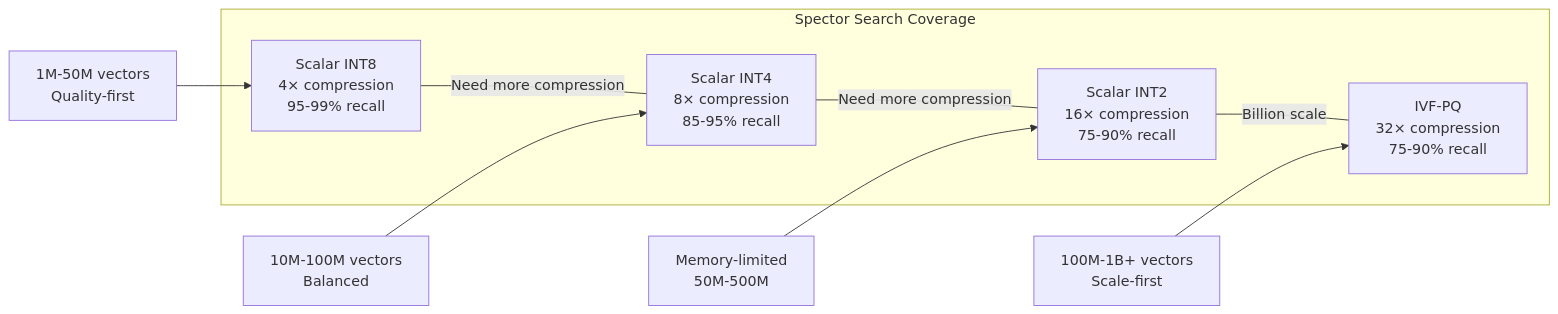
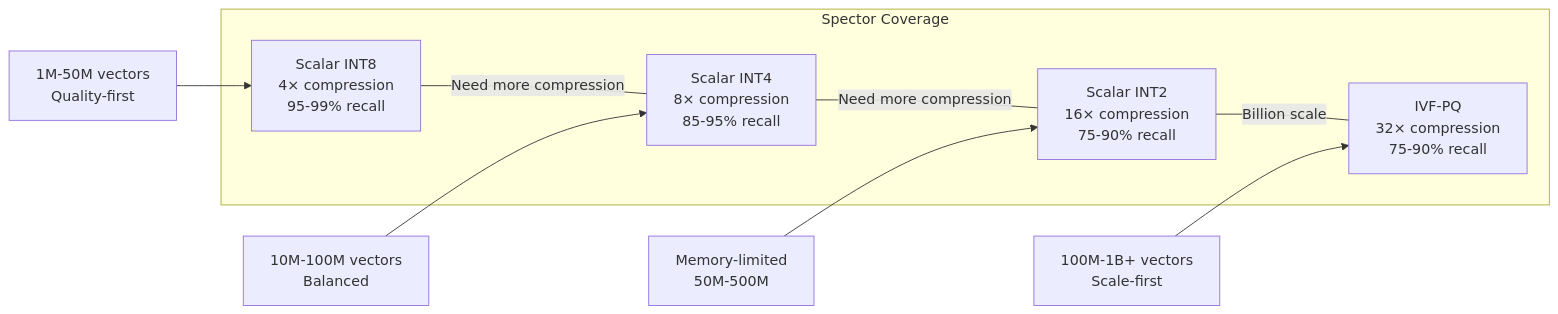
Before and after one commit to spectrayan/spector-search: the fourth of 4 diagrams in docs/docs/deep-dives/understanding-quantization.md, drawn with Mermaid. The commit also changed other lines of this file and 119 other files, not shown here.

First line of the commit message:
Rename project from Spector Search to Spector

````diff
--- a/docs/docs/deep-dives/understanding-quantization.md
+++ b/docs/docs/deep-dives/understanding-quantization.md
@@ -416,18 +416,18 @@
 ```mermaid
 graph LR
-    subgraph "Spector Search Coverage"
+    subgraph "Spector Coverage"
         INT8["Scalar INT8<br/>4× compression<br/>95-99% recall"]
         INT4["Scalar INT4<br/>8× compression<br/>85-95% recall"]
         INT2["Scalar INT2<br/>16× compression<br/>75-90% recall"]
         IVFPQ["IVF-PQ<br/>32× compression<br/>75-90% recall"]
     end
     
     INT8 ---|"Need more compression"| INT4
     INT4 ---|"Need more compression"| INT2
     INT2 ---|"Billion scale"| IVFPQ
     
     Small["1M-50M vectors<br/>Quality-first"] --> INT8
     Medium["10M-100M vectors<br/>Balanced"] --> INT4
     Constrained["Memory-limited<br/>50M-500M"] --> INT2
     Large["100M-1B+ vectors<br/>Scale-first"] --> IVFPQ
 ```
````
